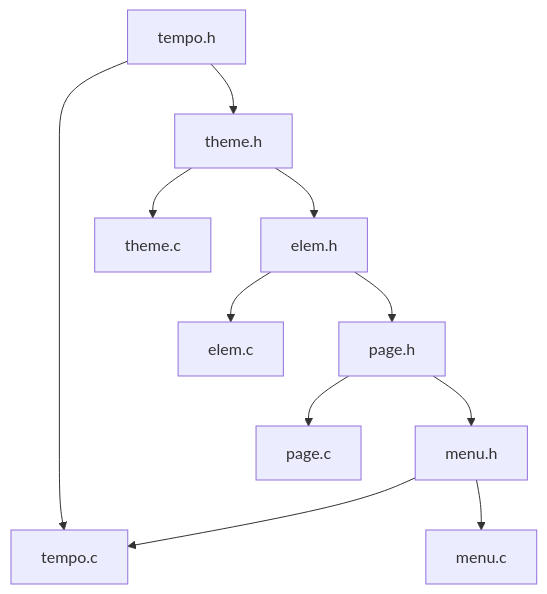
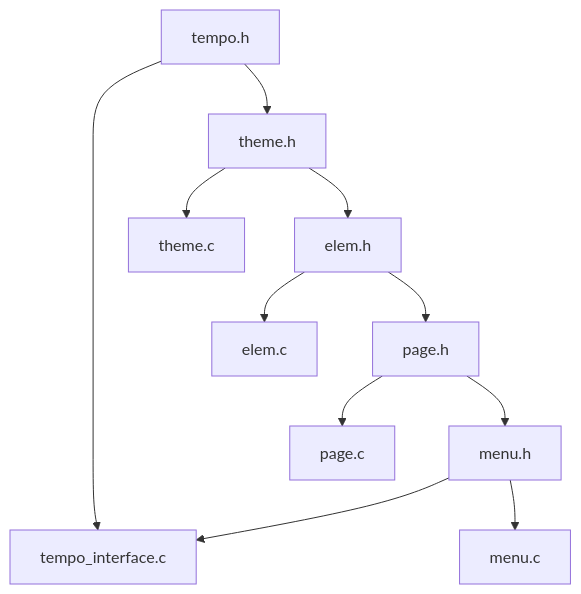
The diagram in src/outer/tempo/README.md (ShilianShen/Jasmin), drawn with Mermaid before and after one commit. The commit also changed 5 other files, not shown here.

````diff
--- a/src/outer/tempo/README.md
+++ b/src/outer/tempo/README.md
@@ -2,9 +2,9 @@
 ```mermaid
 flowchart
-    tempo.h --> theme.h --> elem.h --> page.h --> menu.h --> tempo.c
+    tempo.h --> theme.h --> elem.h --> page.h --> menu.h --> tempo_interface.c
     theme.h --> theme.c
     elem.h --> elem.c
     page.h --> page.c
     menu.h --> menu.c
-    tempo.h --> tempo.c
+    tempo.h --> tempo_interface.c
 ```
````
